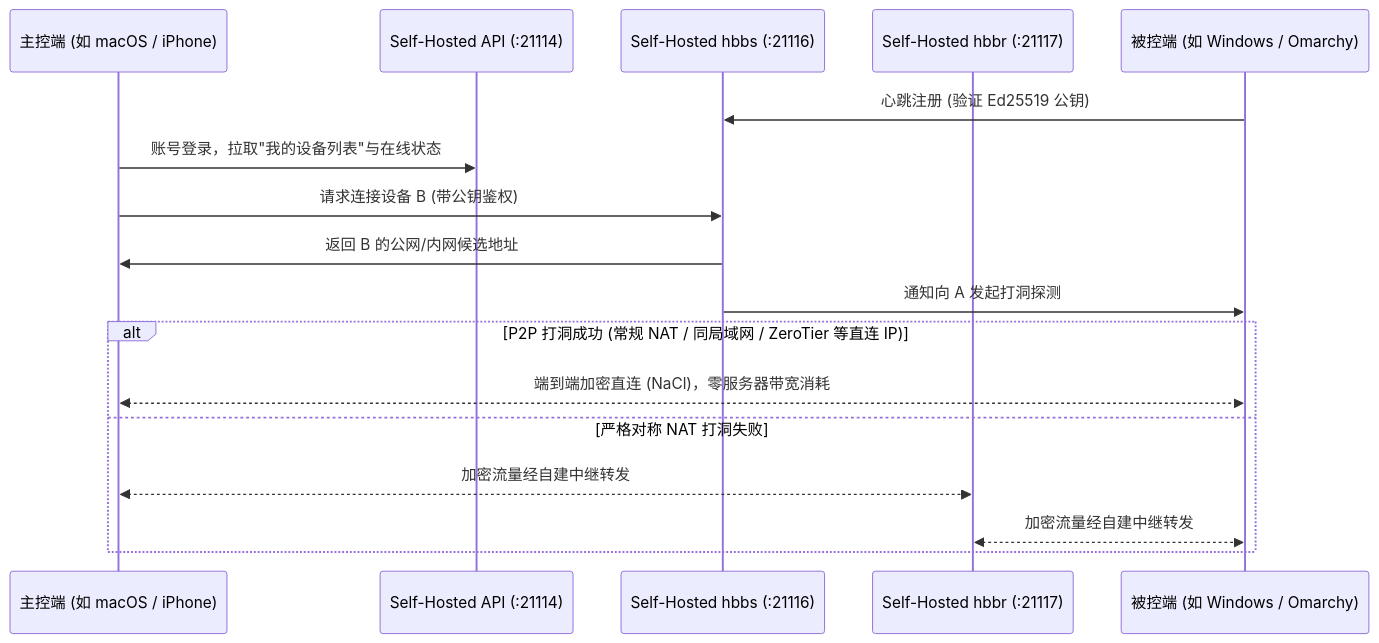
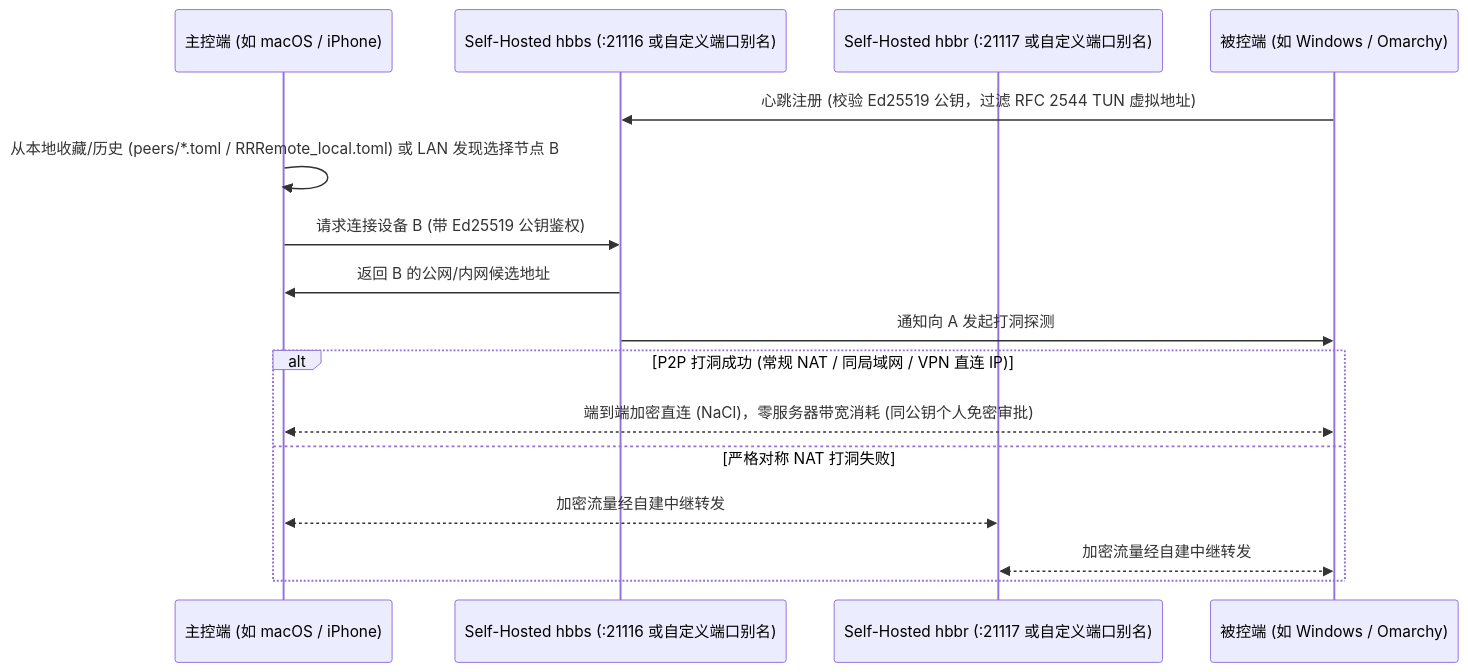
The second of 2 diagrams in docs/ARCHITECTURE_AND_IMPLEMENTATION.md (melotusme/RRRemote), drawn with Mermaid before and after one commit. The commit also changed other lines of this file and 15 other files, not shown here.

````diff
--- a/docs/ARCHITECTURE_AND_IMPLEMENTATION.md
+++ b/docs/ARCHITECTURE_AND_IMPLEMENTATION.md
@@ -74,20 +74,19 @@
 ```mermaid
 sequenceDiagram
     participant A as 主控端 (如 macOS / iPhone)
-    participant API as Self-Hosted API (:21114)
-    participant HBBS as Self-Hosted hbbs (:21116)
-    participant HBBR as Self-Hosted hbbr (:21117)
+    participant HBBS as Self-Hosted hbbs (:21116 或自定义端口别名)
+    participant HBBR as Self-Hosted hbbr (:21117 或自定义端口别名)
     participant B as 被控端 (如 Windows / Omarchy)
 
-    B->>HBBS: 心跳注册 (验证 Ed25519 公钥)
-    A->>API: 账号登录，拉取"我的设备列表"与在线状态
-    A->>HBBS: 请求连接设备 B (带公钥鉴权)
+    B->>HBBS: 心跳注册 (校验 Ed25519 公钥，过滤 RFC 2544 TUN 虚拟地址)
+    A->>A: 从本地收藏/历史 (peers/*.toml / RRRemote_local.toml) 或 LAN 发现选择节点 B
+    A->>HBBS: 请求连接设备 B (带 Ed25519 公钥鉴权)
     HBBS->>A: 返回 B 的公网/内网候选地址
     HBBS->>B: 通知向 A 发起打洞探测
-    alt P2P 打洞成功 (常规 NAT / 同局域网 / ZeroTier 等直连 IP)
-        A<<-->>B: 端到端加密直连 (NaCl)，零服务器带宽消耗
+    alt P2P 打洞成功 (常规 NAT / 同局域网 / VPN 直连 IP)
+        A<<-->>B: 端到端加密直连 (NaCl)，零服务器带宽消耗 (同公钥个人免密审批)
     else 严格对称 NAT 打洞失败
         A<<-->>HBBR: 加密流量经自建中继转发
         HBBR<<-->>B: 加密流量经自建中继转发
     end
 ```
````
